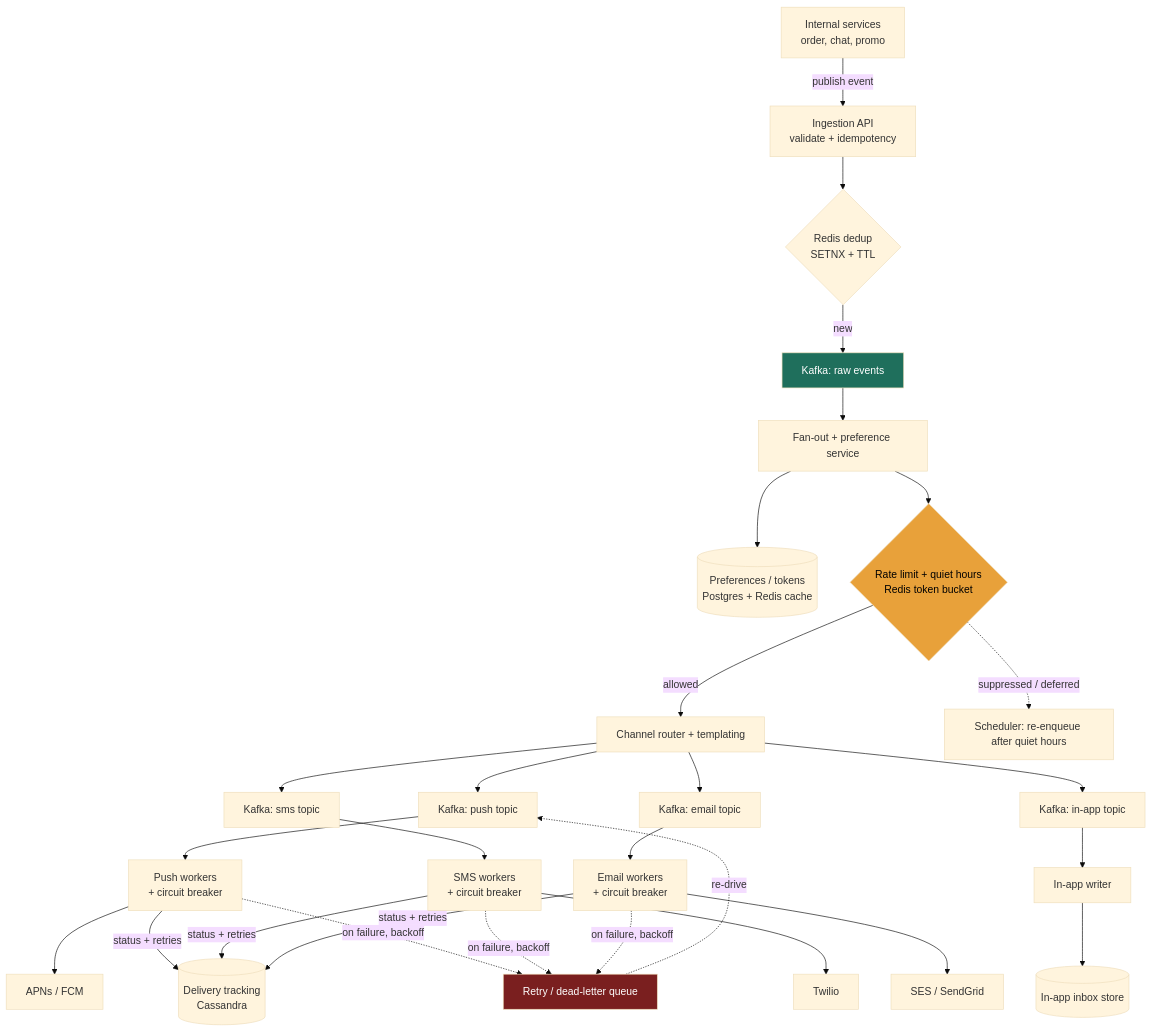
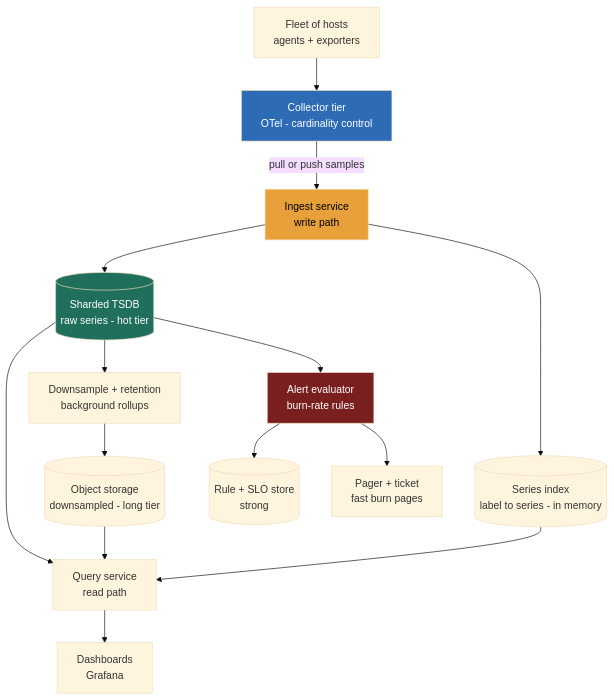
Before and after one commit to hkrathore/sysdesign-course: the diagram in src/content/docs/module-5/lesson-5-12.md, drawn with Mermaid (base theme). The commit also changed other lines of this file and 164 other files, not shown here.

````diff
--- a/src/content/docs/module-5/lesson-5-12.md
+++ b/src/content/docs/module-5/lesson-5-12.md
@@ -124,34 +108,24 @@
 ```mermaid
-flowchart TD
-    SVC[Internal services<br/>order, chat, promo] -->|publish event| ING[Ingestion API<br/>validate + idempotency]
-    ING --> IDEMP{Redis dedup<br/>SETNX + TTL}
-    IDEMP -->|new| KIN[Kafka: raw events]
-    KIN --> FAN[Fan-out + preference service]
-    FAN --> PREF[(Preferences / tokens<br/>Postgres + Redis cache)]
-    FAN --> RL{Rate limit + quiet hours<br/>Redis token bucket}
-    RL -->|allowed| ROUTE[Channel router + templating]
-    RL -.->|suppressed / deferred| SCHED[Scheduler: re-enqueue after quiet hours]
+flowchart TB
+    FLEET["Fleet of hosts<br/>agents + exporters"] --> COL["Collector tier<br/>OTel - cardinality control"]
+    COL -->|"pull or push samples"| ING["Ingest service<br/>write path"]
+    ING --> TSDB[("Sharded TSDB<br/>raw series - hot tier")]
+    ING --> IDX[("Series index<br/>label to series - in memory")]
 
-    ROUTE --> KP[Kafka: push topic]
-    ROUTE --> KS[Kafka: sms topic]
-    ROUTE --> KE[Kafka: email topic]
-    ROUTE --> KA[Kafka: in-app topic]
+    TSDB --> DS["Downsample + retention<br/>background rollups"]
+    DS --> COLD[("Object storage<br/>downsampled - long tier")]
 
-    KP --> WP[Push workers<br/>+ circuit breaker]
-    KS --> WS[SMS workers<br/>+ circuit breaker]
-    KE --> WE[Email workers<br/>+ circuit breaker]
-    KA --> WA[In-app writer]
+    TSDB --> Q["Query service<br/>read path"]
+    COLD --> Q
+    IDX --> Q
+    Q --> DASH["Dashboards<br/>Grafana"]
 
-    WP --> APNS[APNs / FCM]
-    WS --> TW[Twilio]
-    WE --> SES[SES / SendGrid]
-    WA --> INBOX[(In-app inbox store)]
+    TSDB --> ALERT["Alert evaluator<br/>burn-rate rules"]
+    ALERT --> RULES[("Rule + SLO store<br/>strong")]
+    ALERT --> PAGE["Pager + ticket<br/>fast burn pages"]
 
-    WP & WS & WE -->|status + retries| TRACK[(Delivery tracking<br/>Cassandra)]
-    WP & WS & WE -.->|on failure, backoff| DLQ[Retry / dead-letter queue]
-    DLQ -.->|re-drive| KP
-
-    style KIN fill:#1f6f5c,color:#fff
-    style RL fill:#e8a13a,color:#000
-    style DLQ fill:#7a1f1f,color:#fff
+    style ING fill:#e8a13a,color:#000
+    style TSDB fill:#1f6f5c,color:#fff
+    style COL fill:#2d6cb5,color:#fff
+    style ALERT fill:#7a1f1f,color:#fff
 ```
````
